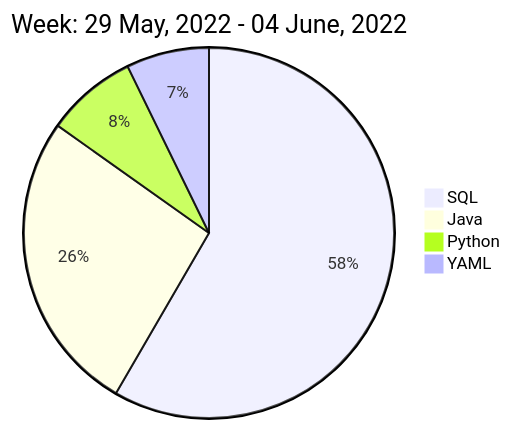
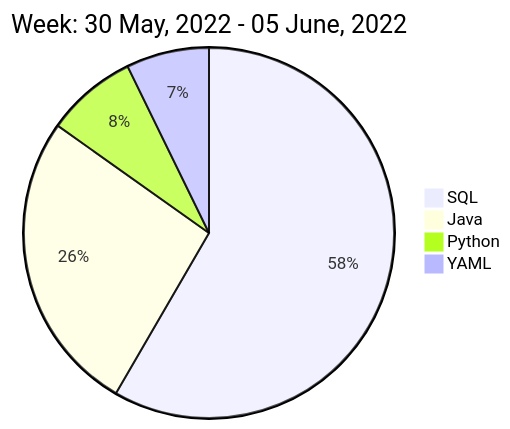
Before and after one commit to liubin95/liubin95: the diagram in README.md, drawn with Mermaid.

Commit message:
Updated the Graph with new Metrics

````diff
--- a/README.md
+++ b/README.md
@@ -40,8 +40,8 @@
 ```mermaid
  pie
-title Week: 29 May, 2022 - 04 June, 2022
+title Week: 30 May, 2022 - 05 June, 2022
  "SQL" : 8.23
  "Java" : 3.73
  "Python" : 1.12
  "YAML" : 1.02
 ```
````
